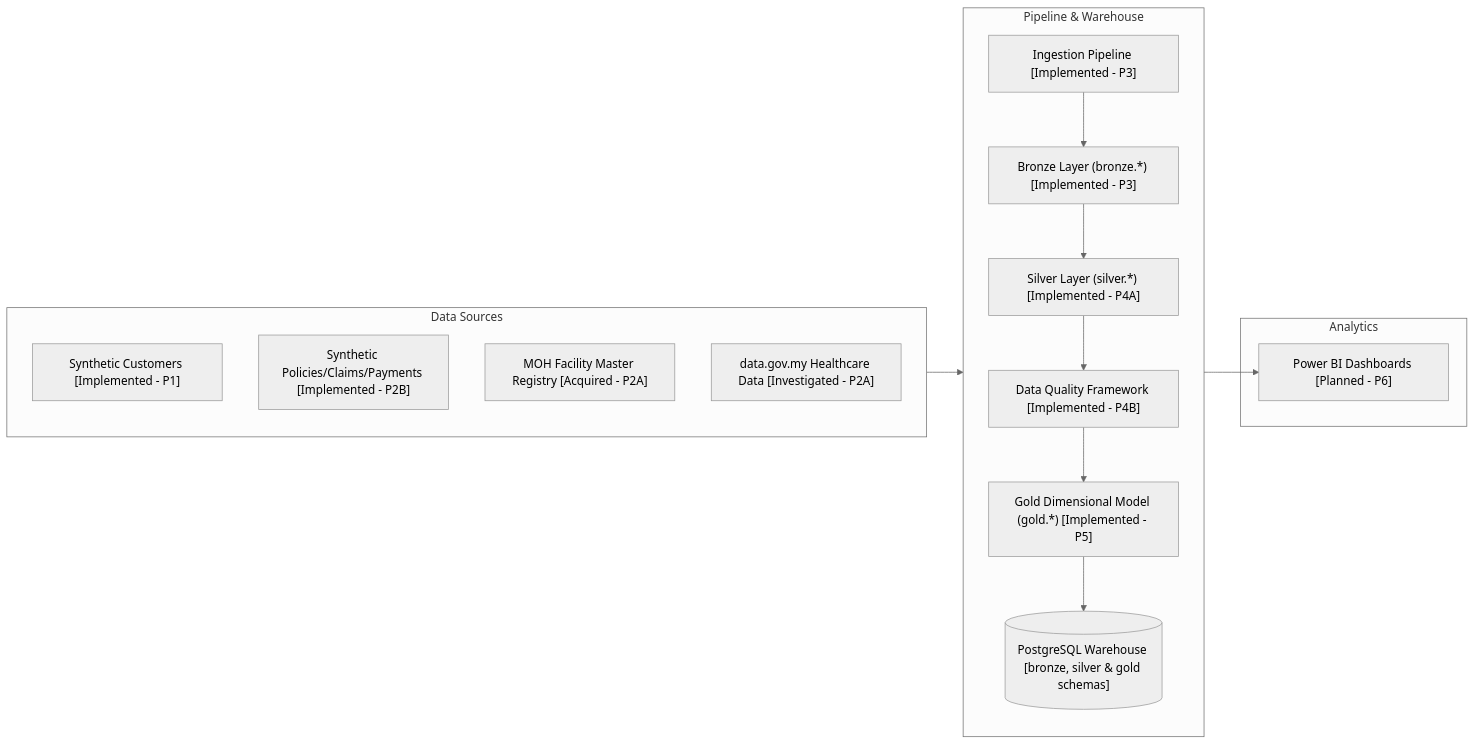
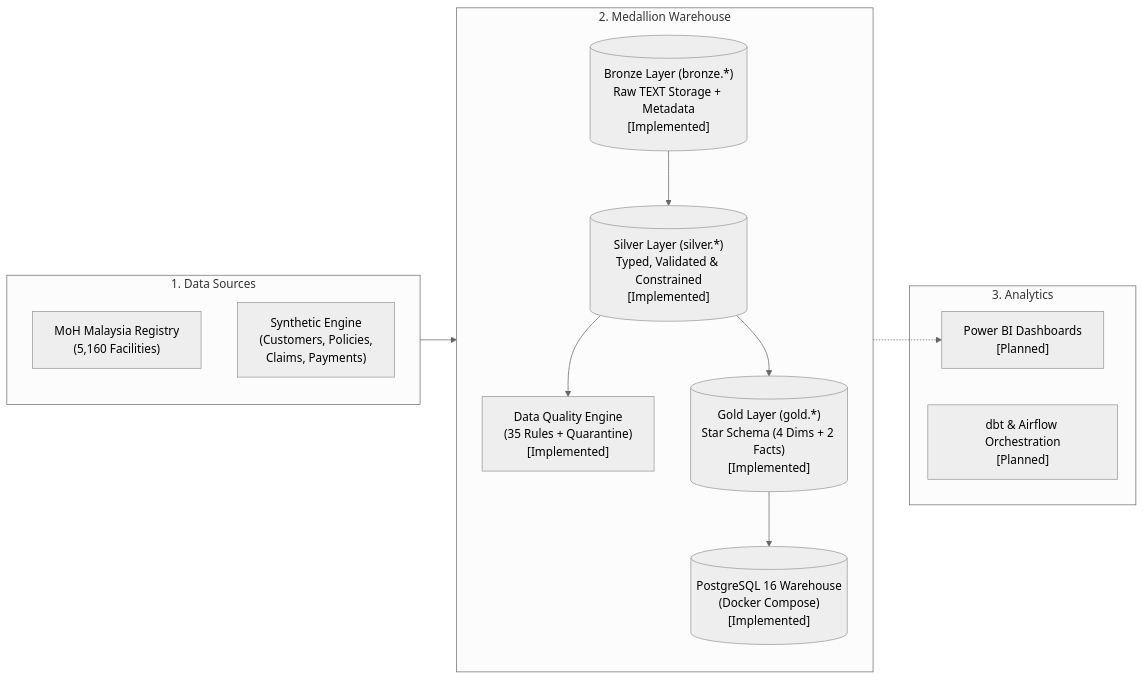
Before and after one commit to danieleiqwan/insureflow-data-platform: the diagram in README.md, drawn with Mermaid (neutral theme). The commit also changed other lines of this file and 4 other files, not shown here.

Commit message:
docs: polish documentation, add pipeline diagram, and align phase consistency

````diff
--- a/README.md
+++ b/README.md
@@ -12,26 +25,26 @@
 ```mermaid
 flowchart LR
-    subgraph S1[Data Sources]
+    subgraph S1[1. Data Sources]
         direction TB
-        G1["Synthetic Customers [Implemented - P1]"]
-        G2["Synthetic Policies/Claims/Payments [Implemented - P2B]"]
-        D1["MOH Facility Master Registry [Acquired - P2A]"]
-        D2["data.gov.my Healthcare Data [Investigated - P2A]"]
+        MOH["MoH Malaysia Registry<br/>(5,160 Facilities)"]
+        SYNTH["Synthetic Engine<br/>(Customers, Policies,<br/>Claims, Payments)"]
     end
 
-    subgraph S2[Pipeline & Warehouse]
+    subgraph S2[2. Medallion Warehouse]
         direction TB
-        ING["Ingestion Pipeline [Implemented - P3]"]
-        BRZ["Bronze Layer (bronze.*) [Implemented - P3]"]
-        SLV["Silver Layer (silver.*) [Implemented - P4A]"]
-        DQ["Data Quality Framework [Implemented - P4B]"]
-        GLD["Gold Dimensional Model (gold.*) [Implemented - P5]"]
-        PG[("PostgreSQL Warehouse [bronze, silver & gold schemas]")]
+        BRZ[("Bronze Layer (bronze.*)<br/>Raw TEXT Storage + Metadata<br/>[Implemented]")]
+        SLV[("Silver Layer (silver.*)<br/>Typed, Validated & Constrained<br/>[Implemented]")]
+        DQ["Data Quality Engine<br/>(35 Rules + Quarantine)<br/>[Implemented]"]
+        GLD[("Gold Layer (gold.*)<br/>Star Schema (4 Dims + 2 Facts)<br/>[Implemented]")]
+        PG[("PostgreSQL 16 Warehouse<br/>(Docker Compose)<br/>[Implemented]")]
     end
 
-    subgraph S3[Analytics]
-        PBI["Power BI Dashboards [Planned - P6]"]
+    subgraph S3[3. Analytics]
+        PBI["Power BI Dashboards<br/>[Planned]"]
+        ORCH["dbt & Airflow Orchestration<br/>[Planned]"]
     end
 
-    S1 --> ING --> BRZ --> SLV --> DQ --> GLD --> PG --> PBI
+    S1 --> BRZ --> SLV --> DQ
+    SLV --> GLD --> PG
+    PG -.-> PBI
 ```
````
